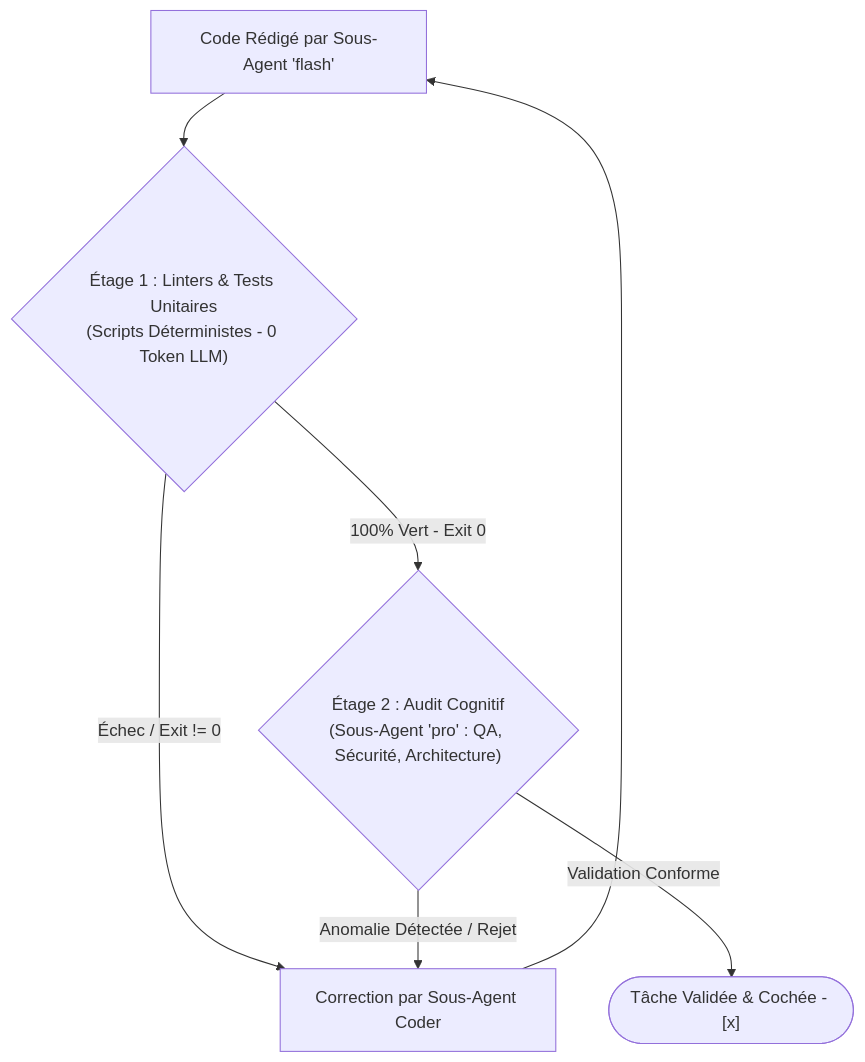
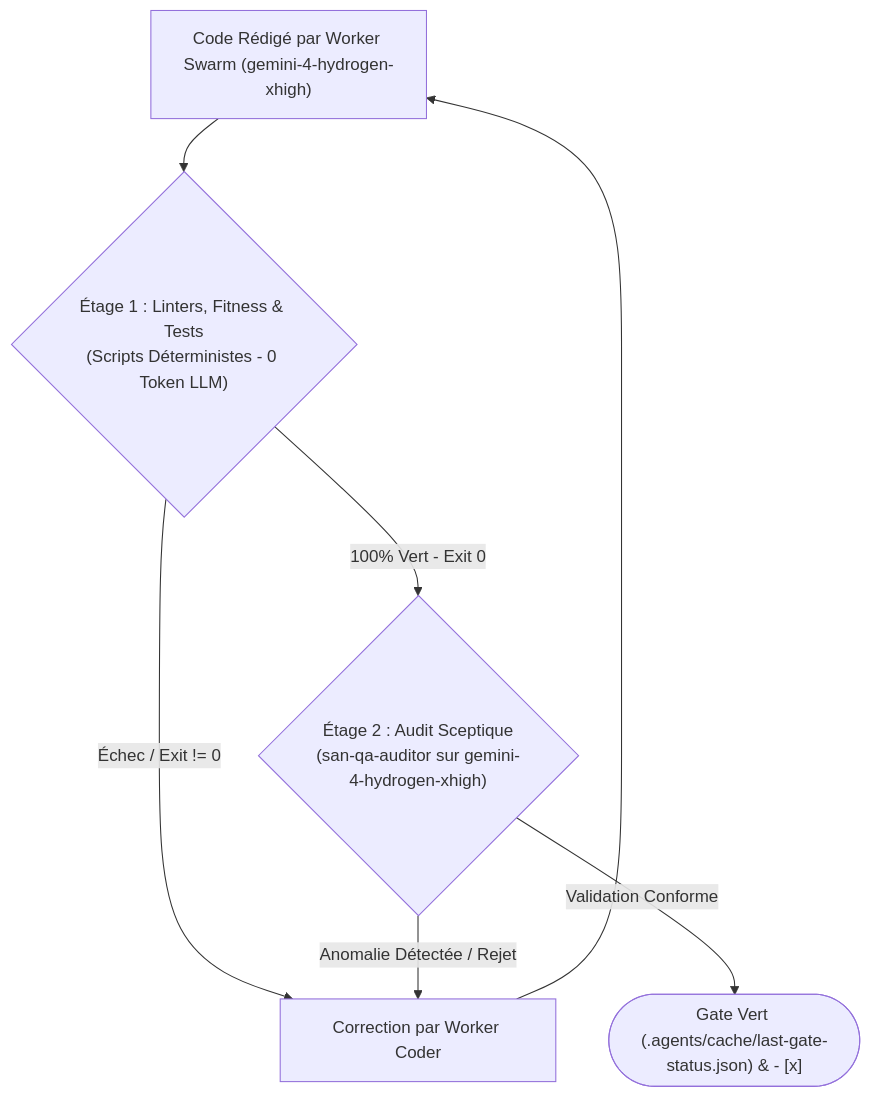
One commit to alexsan-dev/san_agy_framework changed the diagram in src/skills/san_init/templates/rules/PROJECT_TEMPLATE.md. Above: the diagram before and after it, drawn with Mermaid. The commit also changed other lines of this file and 53 other files, not shown here.

````diff
--- a/src/skills/san_init/templates/rules/PROJECT_TEMPLATE.md
+++ b/src/skills/san_init/templates/rules/PROJECT_TEMPLATE.md
@@ -90,9 +94,9 @@
 ```mermaid
 flowchart TD
-    CodeWritten["Code Rédigé par Sous-Agent 'flash'"] --> Funnel1{"Étage 1 : Linters & Tests Unitaires\n(Scripts Déterministes - 0 Token LLM)"}
-    Funnel1 -->|Échec / Exit != 0| FixCode["Correction par Sous-Agent Coder"]
+    CodeWritten["Code Rédigé par Worker Swarm (gemini-4-hydrogen-xhigh)"] --> Funnel1{"Étage 1 : Linters, Fitness & Tests\n(Scripts Déterministes - 0 Token LLM)"}
+    Funnel1 -->|Échec / Exit != 0| FixCode["Correction par Worker Coder"]
     FixCode --> CodeWritten
-    Funnel1 -->|100% Vert - Exit 0| Funnel2{"Étage 2 : Audit Cognitif\n(Sous-Agent 'pro' : QA, Sécurité, Architecture)"}
+    Funnel1 -->|100% Vert - Exit 0| Funnel2{"Étage 2 : Audit Sceptique\n(san-qa-auditor sur gemini-4-hydrogen-xhigh)"}
     Funnel2 -->|Anomalie Détectée / Rejet| FixCode
-    Funnel2 -->|Validation Conforme| Done(["Tâche Validée & Cochée - [x]"])
+    Funnel2 -->|Validation Conforme| Done(["Gate Vert (.agents/cache/last-gate-status.json) & - [x]"])
 ```
````
